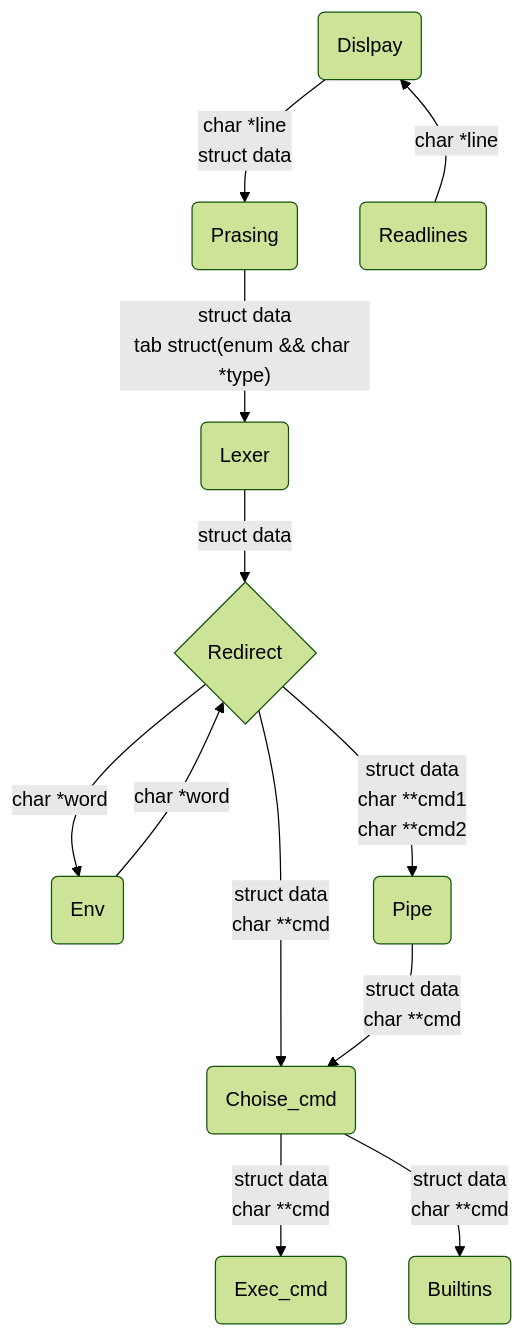
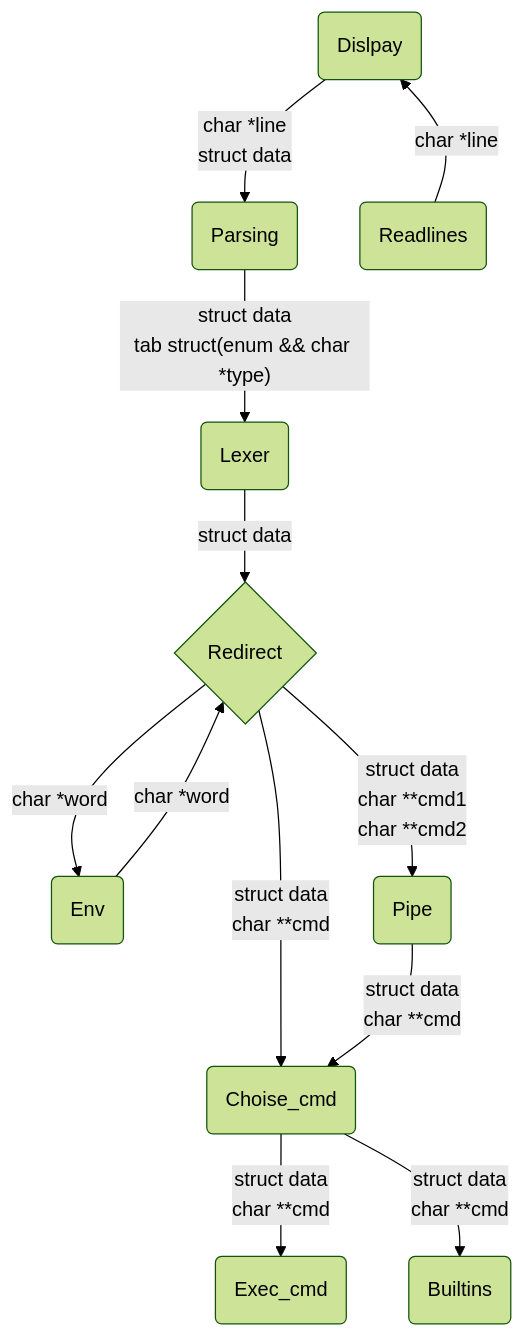
The first of 2 diagrams in README.md (titouan-lef/42_minishell), drawn with Mermaid (forest theme) before and after one commit.

Commit message:
FIX: README.md
orthogrephe: Prasing-->Parsing

````diff
--- a/README.md
+++ b/README.md
@@ -59,25 +59,25 @@
 ```mermaid
 graph TB;
     A(Dislpay) --"char *line
-struct data"--> C(Prasing);
+struct data"--> C(Parsing);
     A ~~~ Z(Readlines);
     Z --"char *line"--> A;
     C --"struct data
 tab struct(enum && char *type)"--> D(Lexer);
     D --"struct data"--> E{Redirect};
     E --"char *word"--> F(Env);
     F --"char *word"--> E;
     E --"struct data
 char **cmd1
 char **cmd2" --> G(Pipe);
     E --"struct data
 char **cmd" --> H(Choise_cmd);
     G --"struct data
 char **cmd" --> H;
 
     H --"struct data
 char **cmd" --> I(Exec_cmd);
     H --"struct data
 char **cmd" --> J(Builtins);
     
 ```
````
